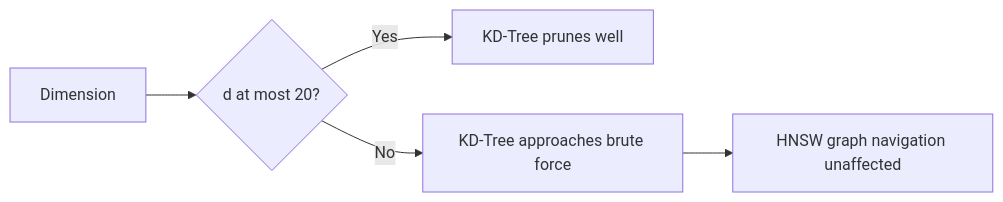
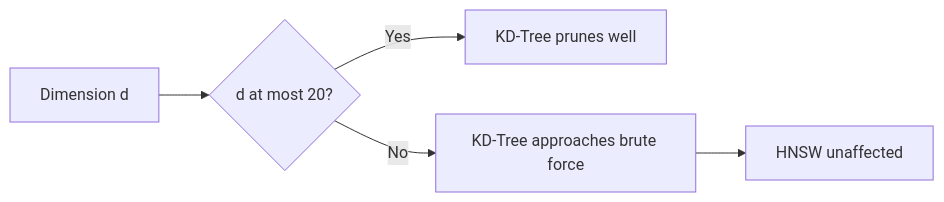
Before and after one commit to krishkantrai27/StackForge: the ninth of 10 diagrams in README.md, drawn with Mermaid. The commit also changed other lines of this file, not shown here.

````diff
--- a/README.md
+++ b/README.md
@@ -254,7 +287,7 @@
 ```mermaid
 flowchart LR
-    A["Dimension"] --> B{"d at most 20?"}
+    A["Dimension d"] --> B{"d at most 20?"}
     B -->|"Yes"| C["KD-Tree prunes well"]
     B -->|"No"| D["KD-Tree approaches brute force"]
-    D --> E["HNSW graph navigation unaffected"]
+    D --> E["HNSW unaffected"]
 ```
````
